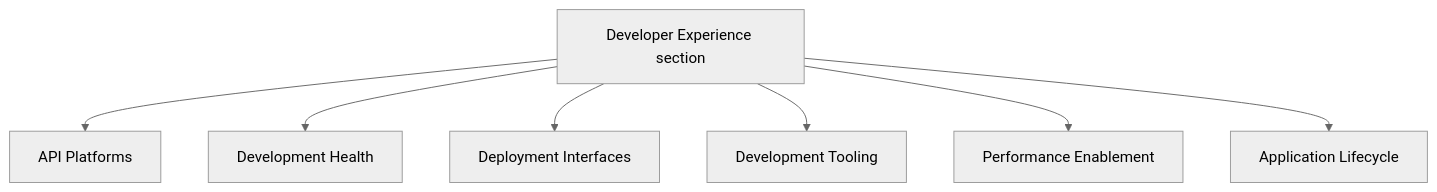
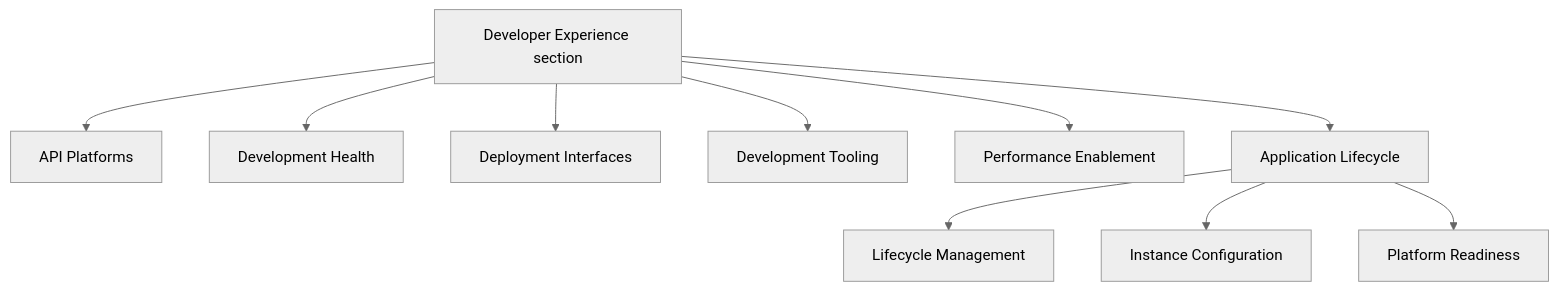
Before and after one commit to kyama0/gitlab-handbook-ja: the diagram in content/handbook/engineering/infrastructure-platforms/developer-experience/_index.md, drawn with Mermaid (neutral theme). The commit also changed other lines of this file and 7 other files, not shown here.

````diff
--- a/content/handbook/engineering/infrastructure-platforms/developer-experience/_index.md
+++ b/content/handbook/engineering/infrastructure-platforms/developer-experience/_index.md
@@ -120,18 +120,24 @@
 ```mermaid
 graph TD
     DE[Developer Experience section]
     click DE "/handbook/engineering/infrastructure-platforms/developer-experience"
 
     DE --> AP[API Platforms]
     click AP "/handbook/engineering/infrastructure-platforms/developer-experience/api"
     DE --> DH[Development Health]
     click DH "/handbook/engineering/infrastructure-platforms/developer-experience/development-health"
     DE --> DI[Deployment Interfaces]
     click DI "/handbook/engineering/infrastructure-platforms/developer-experience/deployment-interfaces"
     DE --> DT[Development Tooling]
     click DT "/handbook/engineering/infrastructure-platforms/developer-experience/development-tooling"
     DE --> PE[Performance Enablement]
     click PE "/handbook/engineering/infrastructure-platforms/developer-experience/performance-enablement"
     DE --> AL[Application Lifecycle]
     click AL "/handbook/engineering/infrastructure-platforms/developer-experience/application-lifecycle"
+    AL --> LM[Lifecycle Management]
+    click LM "/handbook/engineering/infrastructure-platforms/developer-experience/application-lifecycle/lifecycle-management"
+    AL --> IC[Instance Configuration]
+    click IC "/handbook/engineering/infrastructure-platforms/developer-experience/application-lifecycle/instance-configuration"
+    AL --> PR[Platform Readiness]
+    click PR "/handbook/engineering/infrastructure-platforms/developer-experience/application-lifecycle/platform-readiness"
 ```
````
